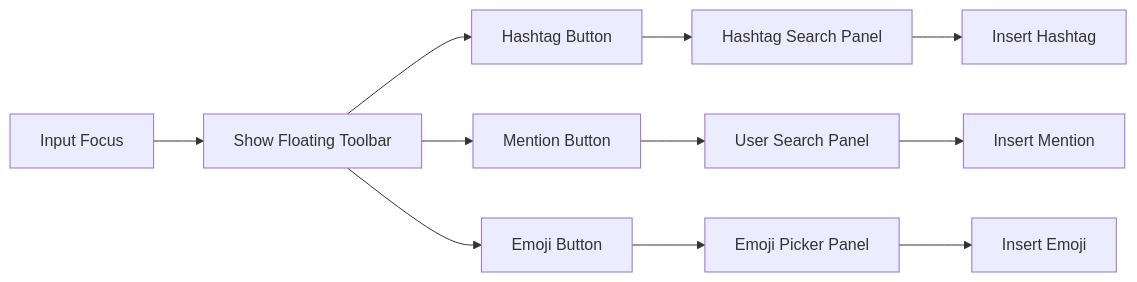
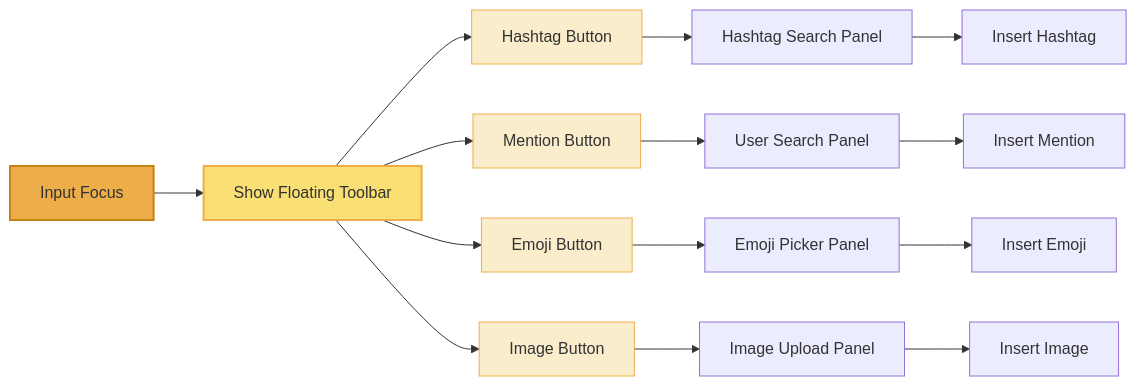
One commit to Underwood-Inc/idling.app__UI changed the sixth of 16 diagrams in src/components/rich-input-system/index.md. Above: the diagram before and after it, drawn with Mermaid. The commit also changed other lines of this file and 183 other files, not shown here.

````diff
--- a/src/components/rich-input-system/index.md
+++ b/src/components/rich-input-system/index.md
@@ -244,13 +383,23 @@
 ```mermaid
 graph LR
     A[Input Focus] --> B[Show Floating Toolbar]
     B --> C[Hashtag Button]
     B --> D[Mention Button]
     B --> E[Emoji Button]
-    C --> F[Hashtag Search Panel]
-    D --> G[User Search Panel]
-    E --> H[Emoji Picker Panel]
-    F --> I[Insert Hashtag]
-    G --> J[Insert Mention]
-    H --> K[Insert Emoji]
+    B --> F[Image Button]
+    C --> G[Hashtag Search Panel]
+    D --> H[User Search Panel]
+    E --> I[Emoji Picker Panel]
+    F --> J[Image Upload Panel]
+    G --> K[Insert Hashtag]
+    H --> L[Insert Mention]
+    I --> M[Insert Emoji]
+    J --> N[Insert Image]
+
+    style A fill:#edae49,stroke:#c68214,stroke-width:2px
+    style B fill:#f9df74,stroke:#edae49,stroke-width:2px
+    style C fill:#f9edcc,stroke:#edae49,stroke-width:1px
+    style D fill:#f9edcc,stroke:#edae49,stroke-width:1px
+    style E fill:#f9edcc,stroke:#edae49,stroke-width:1px
+    style F fill:#f9edcc,stroke:#edae49,stroke-width:1px
 ```
````
